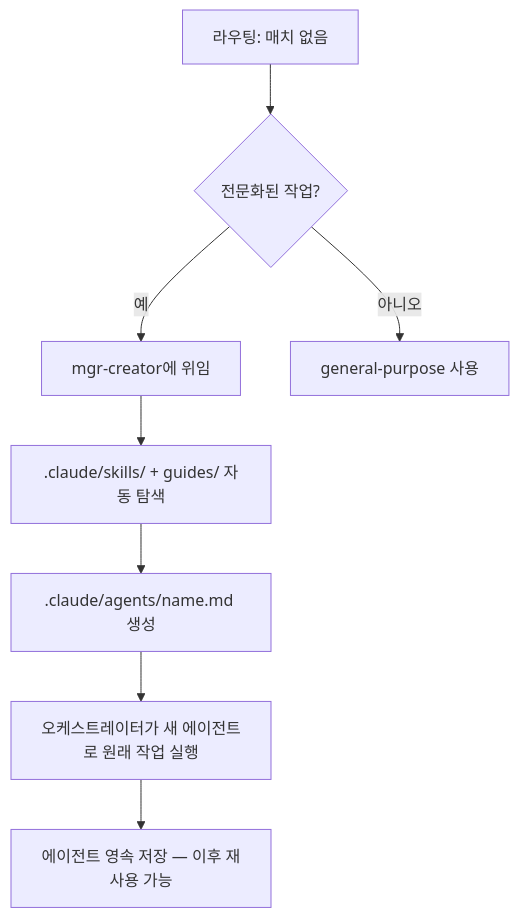
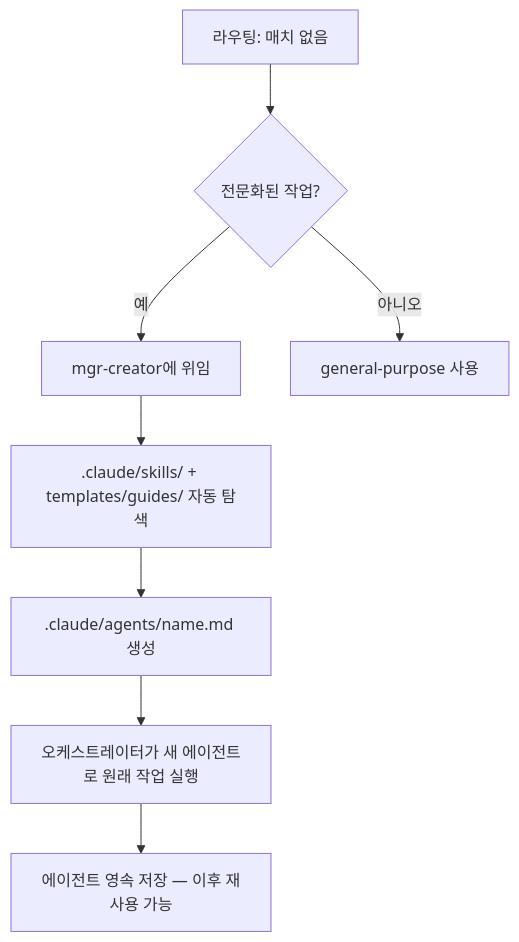
The fourth of 6 diagrams in ARCHITECTURE_ko.md (baekenough/oh-my-customcode), drawn with Mermaid before and after one commit. The commit also changed 16 other files, not shown here.

First line of the commit message:
refactor: remove root guides/ — migrate all references to templates/guides/ (#300)

````diff
--- a/ARCHITECTURE_ko.md
+++ b/ARCHITECTURE_ko.md
@@ -197,10 +197,10 @@
 ```mermaid
 flowchart TD
     A[라우팅: 매치 없음] --> B{전문화된 작업?}
     B -- 예 --> C[mgr-creator에 위임]
     B -- 아니오 --> D[general-purpose 사용]
-    C --> E[.claude/skills/ + guides/ 자동 탐색]
+    C --> E[.claude/skills/ + templates/guides/ 자동 탐색]
     E --> F[.claude/agents/name.md 생성]
     F --> G[오케스트레이터가 새 에이전트로 원래 작업 실행]
     G --> H[에이전트 영속 저장 — 이후 재사용 가능]
 ```
````
